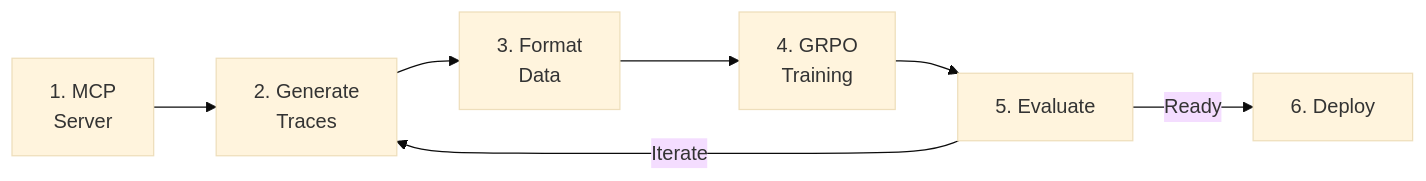
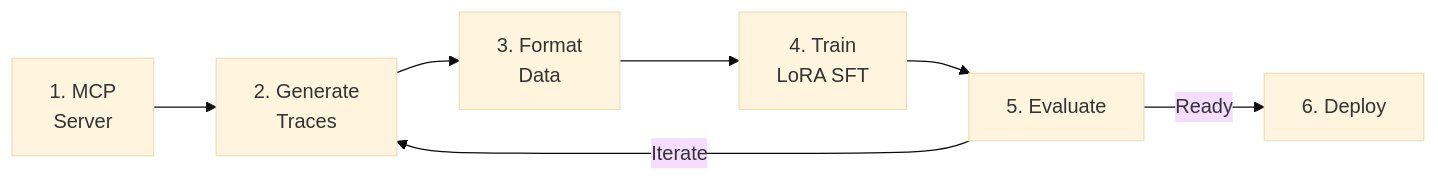
One commit to rrbanda/rhoai changed the diagram in docs/end-to-end/mcp-distillation.md. Above: the diagram before and after it, drawn with Mermaid (base theme). The commit also changed other lines of this file and 1 other file, not shown here.

````diff
--- a/docs/end-to-end/mcp-distillation.md
+++ b/docs/end-to-end/mcp-distillation.md
@@ -13,9 +13,9 @@
 ```mermaid
 graph LR
     A[1. MCP<br/>Server] --> B[2. Generate<br/>Traces]
     B --> C[3. Format<br/>Data]
-    C --> D[4. GRPO<br/>Training]
+    C --> D[4. Train<br/>LoRA SFT]
     D --> E[5. Evaluate]
     E -->|Iterate| B
     E -->|Ready| F[6. Deploy]
 ```
````
